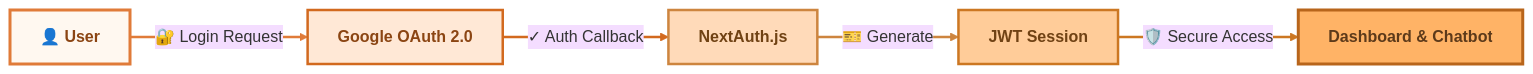
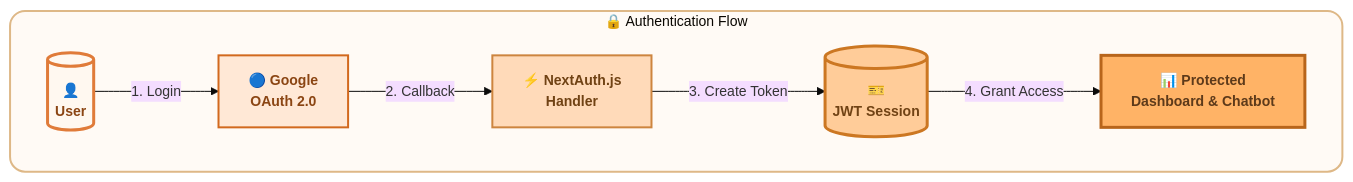
The first of 2 diagrams in README.md (SujalAgrawal08/SahayakX), drawn with Mermaid before and after one commit.

````diff
--- a/README.md
+++ b/README.md
@@ -181,22 +181,25 @@
 ```mermaid
-%%{init: {'theme': 'base', 'themeVariables': { 'fontSize': '16px', 'fontFamily': 'Segoe UI, Roboto, sans-serif'}}}%%
+%%{init: {'theme': 'base', 'themeVariables': { 'fontSize': '14px', 'fontFamily': 'Segoe UI'}}}%%
 
-graph LR
-    A[👤 User]:::userNode -->|"🔐 Login Request"| B[Google OAuth 2.0]:::googleNode
-    B -->|"✓ Auth Callback"| C[NextAuth.js]:::nextauthNode
-    C -->|"🎫 Generate"| D[JWT Session]:::jwtNode
-    D -->|"🛡️ Secure Access"| E[Dashboard & Chatbot]:::dashboardNode
+graph TB
+    subgraph AUTH["🔒 Authentication Flow"]
+        A[("👤<br/>User")]:::userNode
+        B["🔵 Google<br/>OAuth 2.0"]:::googleNode
+        C["⚡ NextAuth.js<br/>Handler"]:::nextauthNode
+        D[("🎫<br/>JWT Session")]:::jwtNode
+        E["📊 Protected<br/>Dashboard & Chatbot"]:::dashboardNode
+    end
 
-    %% Node Styles - Light Orange Palette
-    classDef userNode fill:#FFF8F0,stroke:#E07B39,stroke-width:3px,color:#8B4513,font-weight:bold
-    classDef googleNode fill:#FFE8D6,stroke:#D2691E,stroke-width:2.5px,color:#8B4513,font-weight:bold
-    classDef nextauthNode fill:#FFDAB9,stroke:#CD853F,stroke-width:2.5px,color:#704214,font-weight:bold
-    classDef jwtNode fill:#FFCC99,stroke:#CC7722,stroke-width:2.5px,color:#704214,font-weight:bold
+    A -->|"1. Login"| B
+    B -->|"2. Callback"| C
+    C -->|"3. Create Token"| D
+    D -->|"4. Grant Access"| E
+
+    classDef userNode fill:#FFF8F0,stroke:#E07B39,stroke-width:3px,color:#8B4513,font-weight:bold,rx:50,ry:50
+    classDef googleNode fill:#FFE8D6,stroke:#D2691E,stroke-width:2px,color:#8B4513,font-weight:bold
+    classDef nextauthNode fill:#FFDAB9,stroke:#CD853F,stroke-width:2px,color:#704214,font-weight:bold
+    classDef jwtNode fill:#FFCC99,stroke:#CC7722,stroke-width:3px,color:#704214,font-weight:bold,rx:50,ry:50
     classDef dashboardNode fill:#FFB366,stroke:#B8651B,stroke-width:3px,color:#5D3A1A,font-weight:bold
 
-    %% Link Styles
-    linkStyle 0 stroke:#E07B39,stroke-width:2.5px
-    linkStyle 1 stroke:#D2691E,stroke-width:2.5px
-    linkStyle 2 stroke:#CD853F,stroke-width:2.5px
-    linkStyle 3 stroke:#CC7722,stroke-width:2.5px
+    style AUTH fill:#FFFAF5,stroke:#DEB887,stroke-width:2px,rx:15,ry:15
 ```
````
